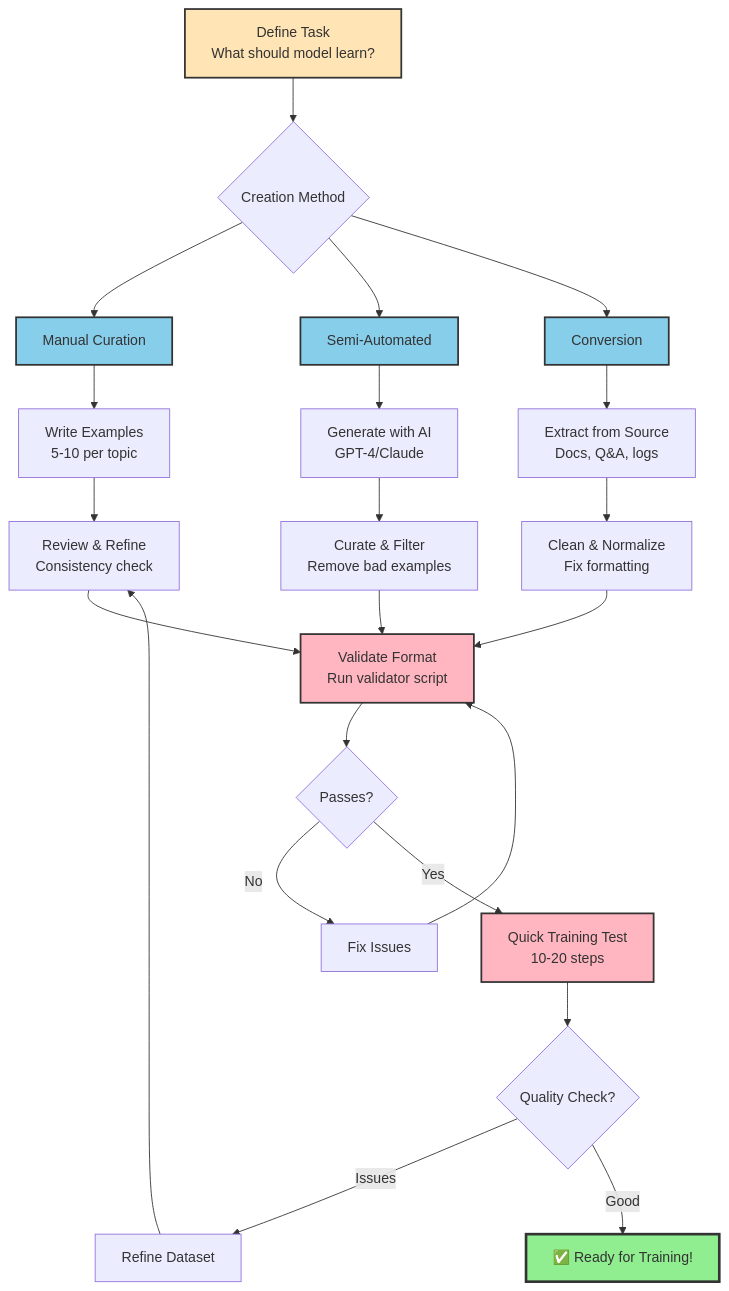
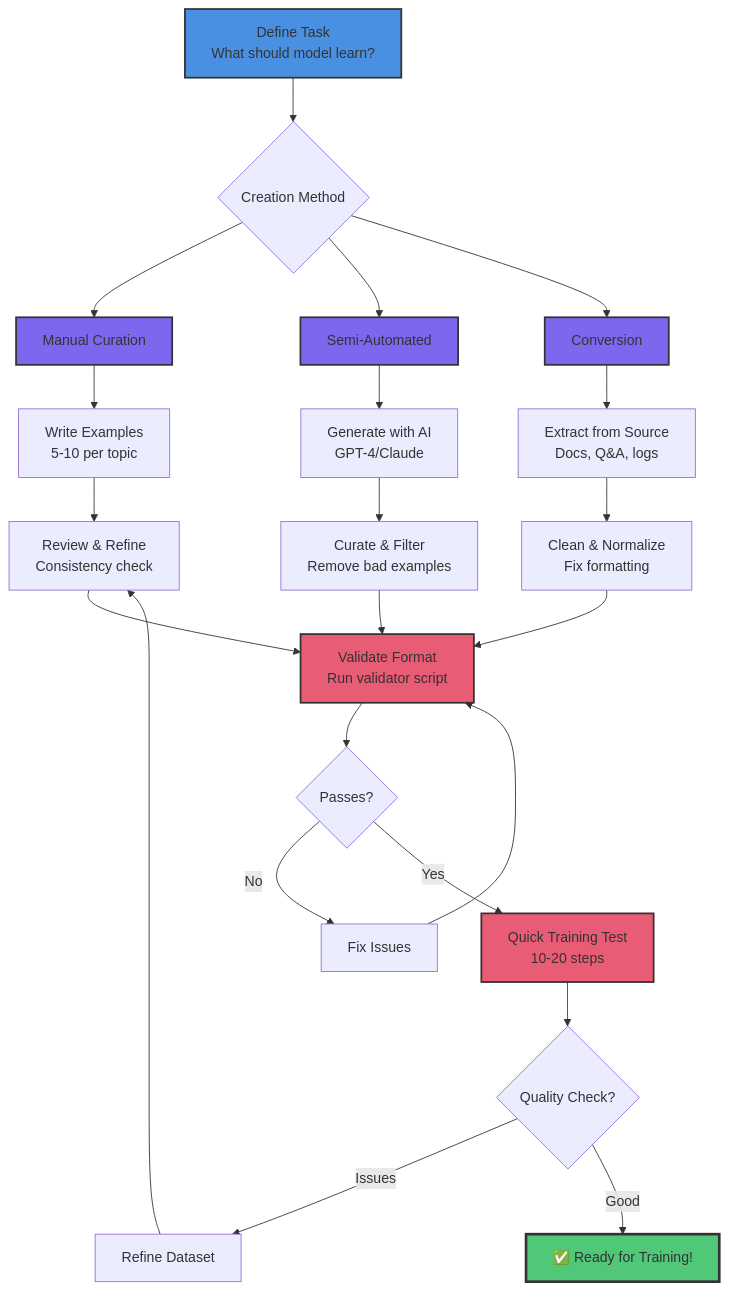
The second of 3 diagrams in content/lessons/ct2-dataset-fundamentals.md (tenstorrent/tt-vscode-toolkit), drawn with Mermaid before and after one commit. The commit also changed other lines of this file and 9 other files, not shown here.

````diff
--- a/content/lessons/ct2-dataset-fundamentals.md
+++ b/content/lessons/ct2-dataset-fundamentals.md
@@ -272,38 +272,38 @@
 ```mermaid
 graph TD
     A[Define Task<br/>What should model learn?] --> B{Creation Method}
 
     B --> C[Manual Curation]
     B --> D[Semi-Automated]
     B --> E[Conversion]
 
     C --> F[Write Examples<br/>5-10 per topic]
     D --> G[Generate with AI<br/>GPT-4/Claude]
     E --> H[Extract from Source<br/>Docs, Q&A, logs]
 
     F --> I[Review & Refine<br/>Consistency check]
     G --> J[Curate & Filter<br/>Remove bad examples]
     H --> K[Clean & Normalize<br/>Fix formatting]
 
     I --> L[Validate Format<br/>Run validator script]
     J --> L
     K --> L
 
     L --> M{Passes?}
     M -->|No| N[Fix Issues]
     N --> L
     M -->|Yes| O[Quick Training Test<br/>10-20 steps]
 
     O --> P{Quality Check?}
     P -->|Issues| Q[Refine Dataset]
     Q --> I
     P -->|Good| R[✅ Ready for Training!]
 
-    style A fill:#FFE4B5,stroke:#333,stroke-width:2px
-    style C fill:#87CEEB,stroke:#333,stroke-width:2px
-    style D fill:#87CEEB,stroke:#333,stroke-width:2px
-    style E fill:#87CEEB,stroke:#333,stroke-width:2px
-    style L fill:#FFB6C1,stroke:#333,stroke-width:2px
-    style O fill:#FFB6C1,stroke:#333,stroke-width:2px
-    style R fill:#90EE90,stroke:#333,stroke-width:3px
+    style A fill:#4A90E2,stroke:#333,stroke-width:2px
+    style C fill:#7B68EE,stroke:#333,stroke-width:2px
+    style D fill:#7B68EE,stroke:#333,stroke-width:2px
+    style E fill:#7B68EE,stroke:#333,stroke-width:2px
+    style L fill:#E85D75,stroke:#333,stroke-width:2px
+    style O fill:#E85D75,stroke:#333,stroke-width:2px
+    style R fill:#50C878,stroke:#333,stroke-width:3px
 ```
````
